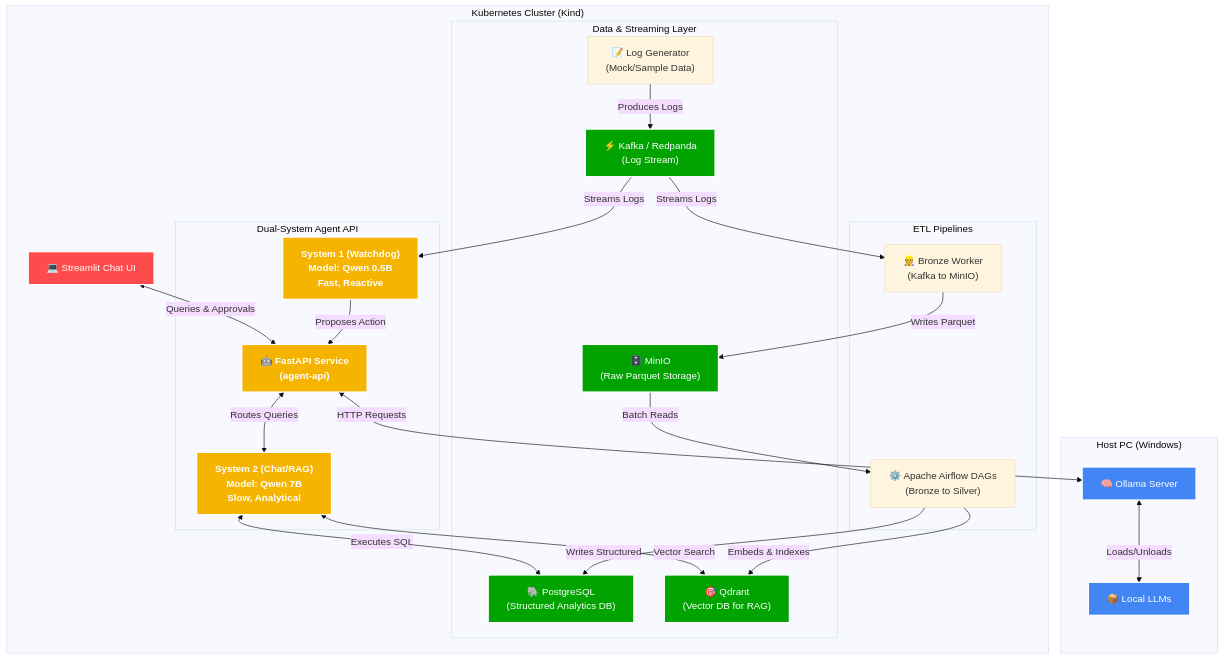
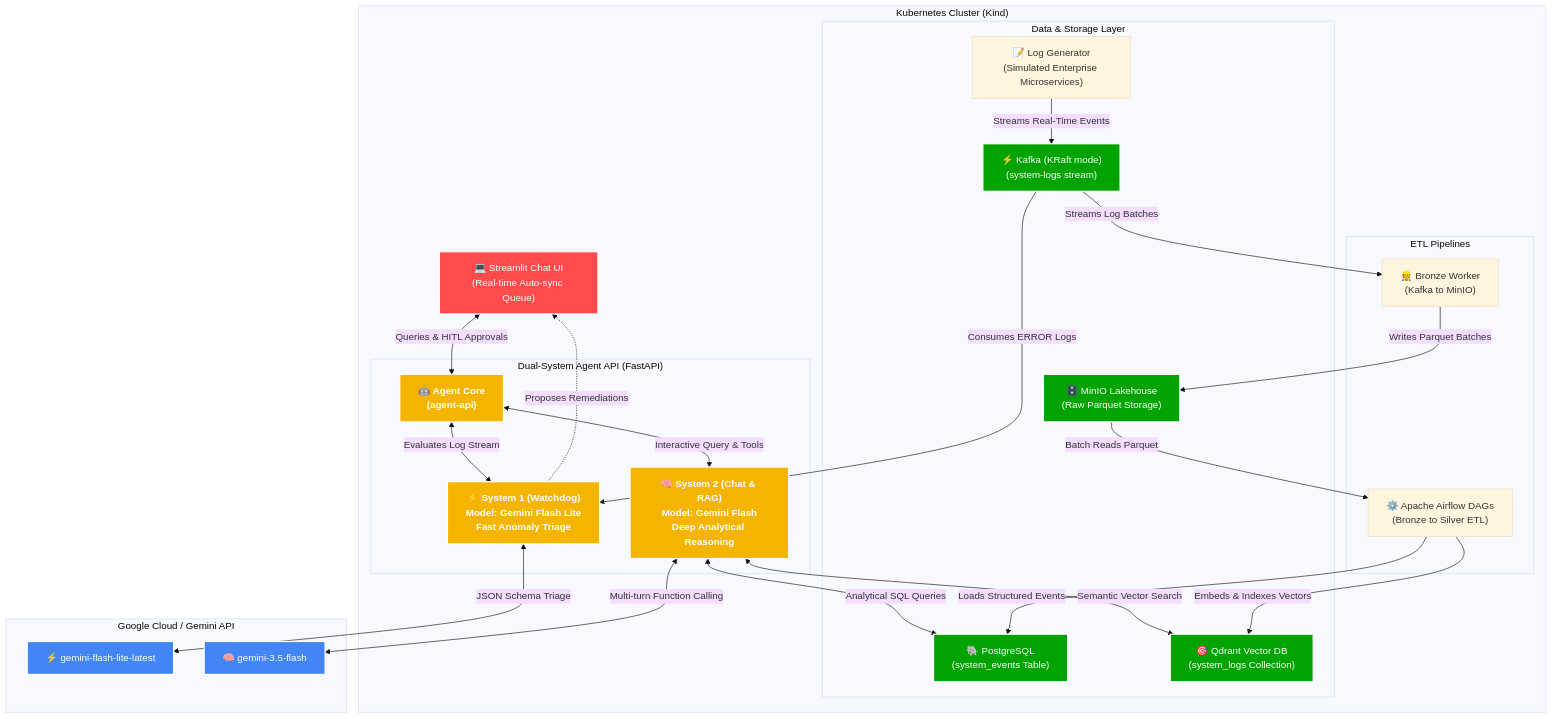
Before and after one commit to maayankaidar/dual-system-agents: the diagram in README.md, drawn with Mermaid (base theme). The commit also changed other lines of this file, not shown here.

Commit message:
docs: update README with Gemini architecture diagram, components table, and port-forwarding credentials

````diff
--- a/README.md
+++ b/README.md
@@ -7,58 +11,56 @@
 ```mermaid
 flowchart TD
     %% Define Styles
     classDef k8s fill:#326ce5,stroke:#fff,stroke-width:2px,color:#fff;
-    classDef host fill:#4285F4,stroke:#fff,stroke-width:2px,color:#fff;
+    classDef cloud fill:#4285F4,stroke:#fff,stroke-width:2px,color:#fff;
     classDef db fill:#00a300,stroke:#fff,stroke-width:2px,color:#fff;
     classDef ui fill:#ff4b4b,stroke:#fff,stroke-width:2px,color:#fff;
     classDef agent fill:#f4b400,stroke:#fff,stroke-width:2px,color:#fff,font-weight:bold;
 
     subgraph K8s["Kubernetes Cluster (Kind)"]
-        UI["💻 Streamlit Chat UI"]:::ui
+        UI["💻 Streamlit Chat UI<br>(Real-time Auto-sync Queue)"]:::ui
         
-        subgraph Agents["Dual-System Agent API"]
-            AgentAPI["🤖 FastAPI Service<br>(agent-api)"]:::agent
-            Sys1["System 1 (Watchdog)<br>Model: Qwen 0.5B<br>Fast, Reactive"]:::agent
-            Sys2["System 2 (Chat/RAG)<br>Model: Qwen 7B<br>Slow, Analytical"]:::agent
+        subgraph Agents["Dual-System Agent API (FastAPI)"]
+            AgentAPI["🤖 Agent Core<br>(agent-api)"]:::agent
+            Sys1["⚡ System 1 (Watchdog)<br>Model: Gemini Flash Lite<br>Fast Anomaly Triage"]:::agent
+            Sys2["🧠 System 2 (Chat & RAG)<br>Model: Gemini Flash<br>Deep Analytical Reasoning"]:::agent
         end
         
         subgraph Orchestration["ETL Pipelines"]
             BronzeWorker["👷 Bronze Worker<br>(Kafka to MinIO)"]
-            Airflow["⚙️ Apache Airflow DAGs<br>(Bronze to Silver)"]
+            Airflow["⚙️ Apache Airflow DAGs<br>(Bronze to Silver ETL)"]
         end
 
-        subgraph Data["Data & Streaming Layer"]
-            Producer["📝 Log Generator<br>(Mock/Sample Data)"]
-            Kafka["⚡ Kafka / Redpanda<br>(Log Stream)"]:::db
-            MinIO["🗄️ MinIO<br>(Raw Parquet Storage)"]:::db
-            Postgres["🐘 PostgreSQL<br>(Structured Analytics DB)"]:::db
-            Qdrant["🎯 Qdrant<br>(Vector DB for RAG)"]:::db
+        subgraph Data["Data & Storage Layer"]
+            Producer["📝 Log Generator<br>(Simulated Enterprise Microservices)"]
+            Kafka["⚡ Kafka (KRaft mode)<br>(system-logs stream)"]:::db
+            MinIO["🗄️ MinIO Lakehouse<br>(Raw Parquet Storage)"]:::db
+            Postgres["🐘 PostgreSQL<br>(system_events Table)"]:::db
+            Qdrant["🎯 Qdrant Vector DB<br>(system_logs Collection)"]:::db
         end
     end
 
-    subgraph Host["Host PC (Windows)"]
-        Ollama["🧠 Ollama Server"]:::host
-        Models["📦 Local LLMs"]:::host
+    subgraph Cloud["Google Cloud / Gemini API"]
+        GeminiFlashLite["⚡ gemini-flash-lite-latest"]:::cloud
+        GeminiFlash["🧠 gemini-3.5-flash"]:::cloud
     end
 
-    %% Data Flow & Connections
     %% Interactions
-    UI <-->|Queries & Approvals| AgentAPI
-    AgentAPI <-->|Routes Queries| Sys2
-    Sys1 -->|Proposes Action| AgentAPI
-    AgentAPI <-->|HTTP Requests| Ollama
-    Ollama <-->|Loads/Unloads| Models
-    Sys2 <-->|Vector Search| Qdrant
-    Sys2 <-->|Executes SQL| Postgres
+    UI <-->|Queries & HITL Approvals| AgentAPI
+    AgentAPI <-->|Evaluates Log Stream| Sys1
+    AgentAPI <-->|Interactive Query & Tools| Sys2
+    Sys1 <-->|JSON Schema Triage| GeminiFlashLite
+    Sys2 <-->|Multi-turn Function Calling| GeminiFlash
+    Sys2 <-->|Semantic Vector Search| Qdrant
+    Sys2 <-->|Analytical SQL Queries| Postgres
+    Sys1 -.->|Proposes Remediations| UI
 
     %% Pipeline Data Flow
-    Producer -->|Produces Logs| Kafka
-    Kafka -->|Streams Logs| Sys1
-    
-    Kafka -->|Streams Logs| BronzeWorker
-    BronzeWorker -->|Writes Parquet| MinIO
-    
-    MinIO -->|Batch Reads| Airflow
-    Airflow -->|Writes Structured| Postgres
-    Airflow -->|Embeds & Indexes| Qdrant
+    Producer -->|Streams Real-Time Events| Kafka
+    Kafka -->|Consumes ERROR Logs| Sys1
+    Kafka -->|Streams Log Batches| BronzeWorker
+    BronzeWorker -->|Writes Parquet Batches| MinIO
+    MinIO -->|Batch Reads Parquet| Airflow
+    Airflow -->|Loads Structured Events| Postgres
+    Airflow -->|Embeds & Indexes Vectors| Qdrant
 ```
````
